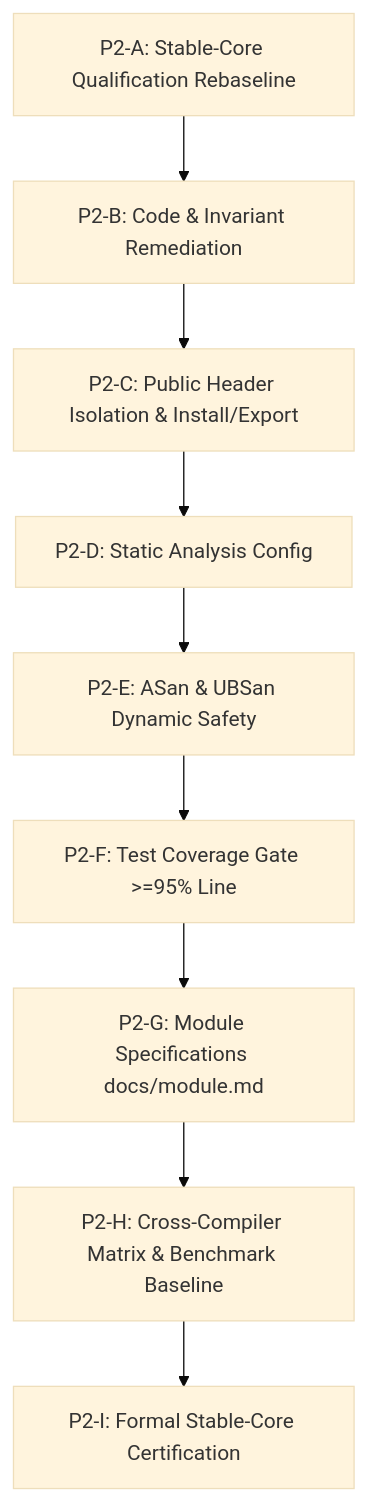
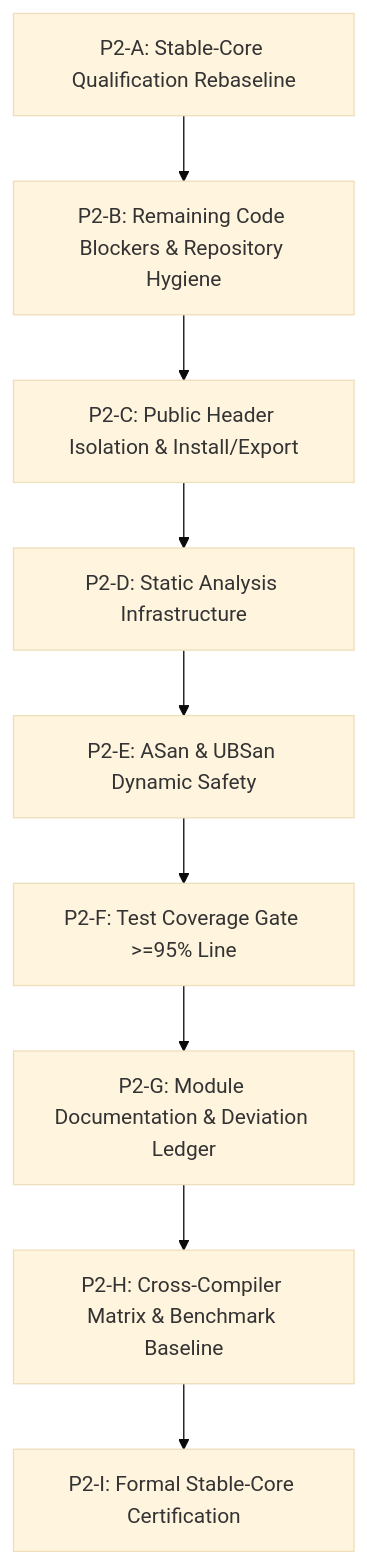
Before and after one commit to steven1n/Vectoris: the diagram in docs/audits/AegisMathLib_Stable_Core_Qualification_v1.md, drawn with Mermaid (base theme). The commit also changed other lines of this file, not shown here.

Commit message:
docs(audit): refine stable-core qualification evidence

````diff
--- a/docs/audits/AegisMathLib_Stable_Core_Qualification_v1.md
+++ b/docs/audits/AegisMathLib_Stable_Core_Qualification_v1.md
@@ -173,11 +184,11 @@
 ```mermaid
 graph TD
-    P2A[P2-A: Stable-Core Qualification Rebaseline] --> P2B[P2-B: Code & Invariant Remediation]
+    P2A[P2-A: Stable-Core Qualification Rebaseline] --> P2B[P2-B: Remaining Code Blockers & Repository Hygiene]
     P2B --> P2C[P2-C: Public Header Isolation & Install/Export]
-    P2C --> P2D[P2-D: Static Analysis Config]
+    P2C --> P2D[P2-D: Static Analysis Infrastructure]
     P2D --> P2E[P2-E: ASan & UBSan Dynamic Safety]
     P2E --> P2F[P2-F: Test Coverage Gate >=95% Line]
-    P2F --> P2G[P2-G: Module Specifications docs/module.md]
+    P2F --> P2G[P2-G: Module Documentation & Deviation Ledger]
     P2G --> P2H[P2-H: Cross-Compiler Matrix & Benchmark Baseline]
     P2H --> P2I[P2-I: Formal Stable-Core Certification]
 ```
````
